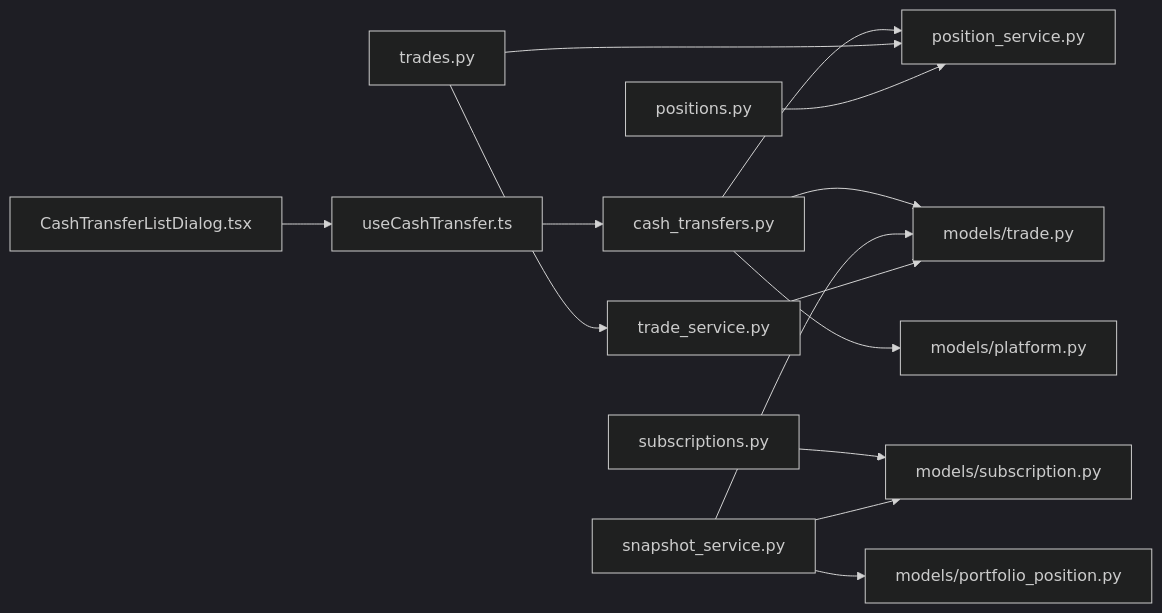
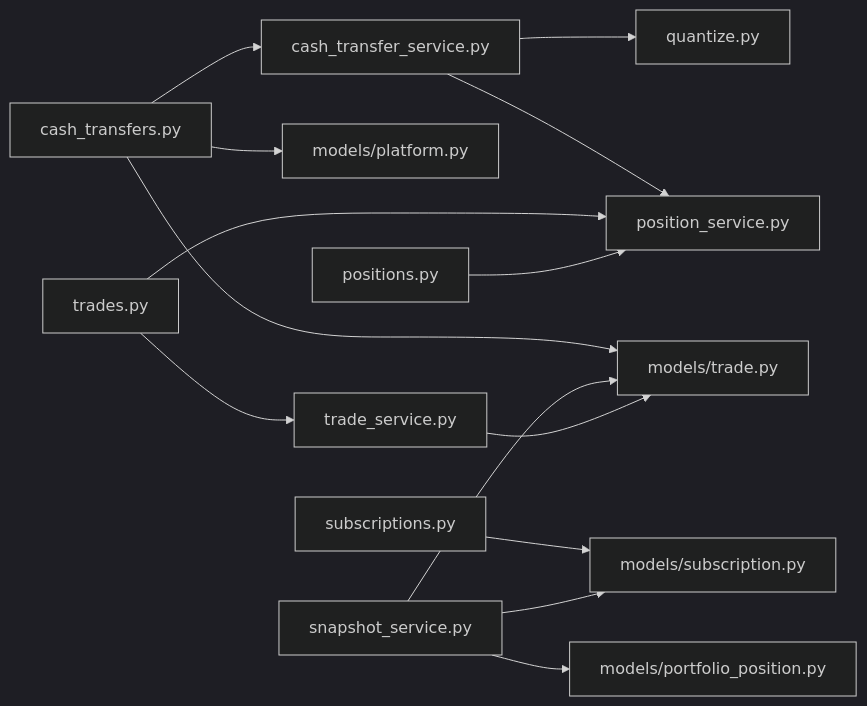
One commit to gujialind/InvestRing changed the ninth of 9 diagrams in .qoder/repowiki/zh/content/核心业务功能/平台间现金转移系统.md. Above: the diagram before and after it, drawn with Mermaid (dark theme). The commit also changed other lines of this file and 65 other files, not shown here.

````diff
--- a/.qoder/repowiki/zh/content/核心业务功能/平台间现金转移系统.md
+++ b/.qoder/repowiki/zh/content/核心业务功能/平台间现金转移系统.md
@@ -430,16 +441,16 @@
 ```mermaid
 graph LR
-CT["cash_transfers.py"] --> PS["position_service.py"]
+CT["cash_transfers.py"] --> CS["cash_transfer_service.py"]
+CS --> QZ["quantize.py"]
+CS --> PS["position_service.py"]
 CT --> TM["models/trade.py"]
 CT --> PL["models/platform.py"]
 TR["trades.py"] --> PS
 TR --> TS["trade_service.py"]
 SB["subscriptions.py"] --> SM["models/subscription.py"]
 PP["positions.py"] --> PS
 SS["snapshot_service.py"] --> TM
 SS --> SM
 SS --> PO["models/portfolio_position.py"]
 TS --> TM
-F3["CashTransferListDialog.tsx"] --> F2["useCashTransfer.ts"]
-F2 --> CT
 ```
````
